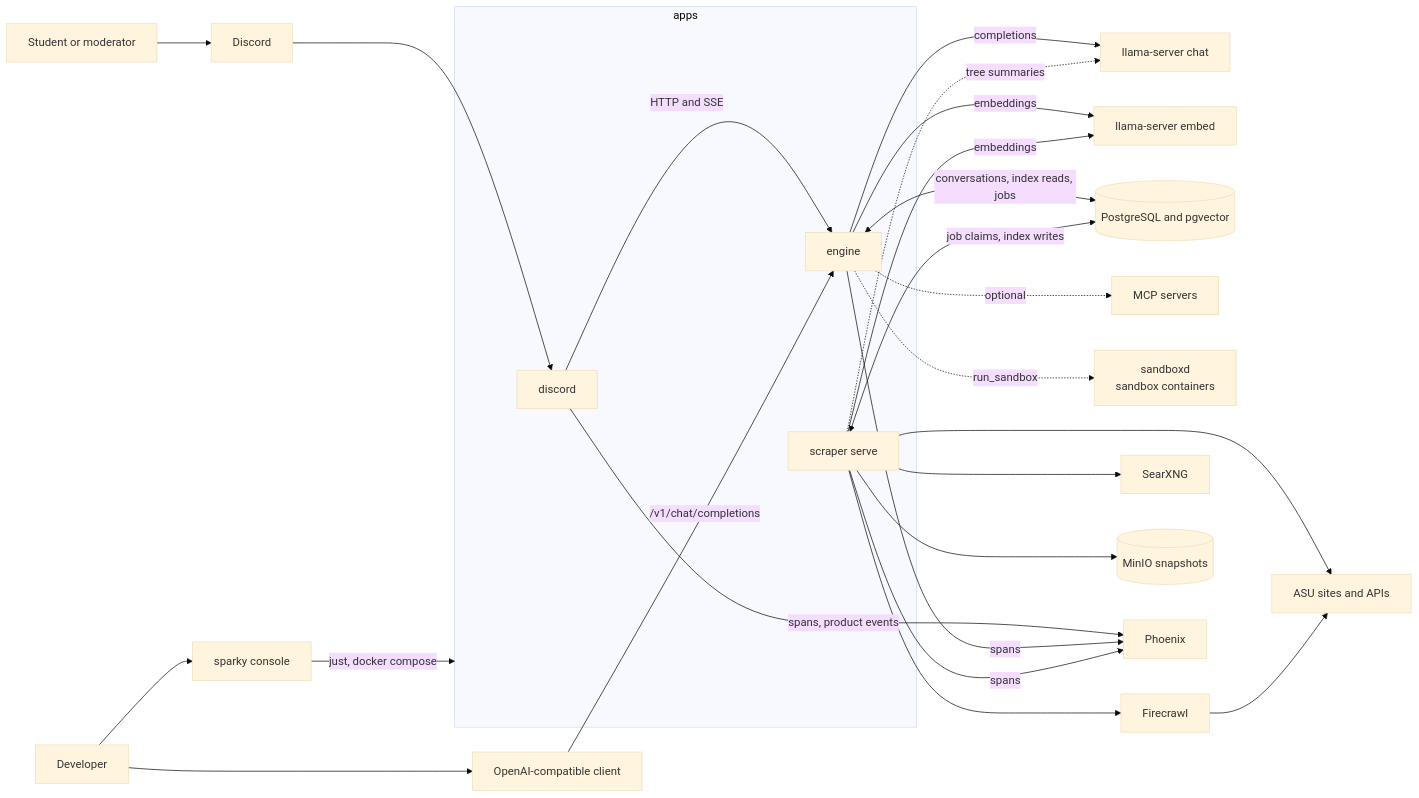
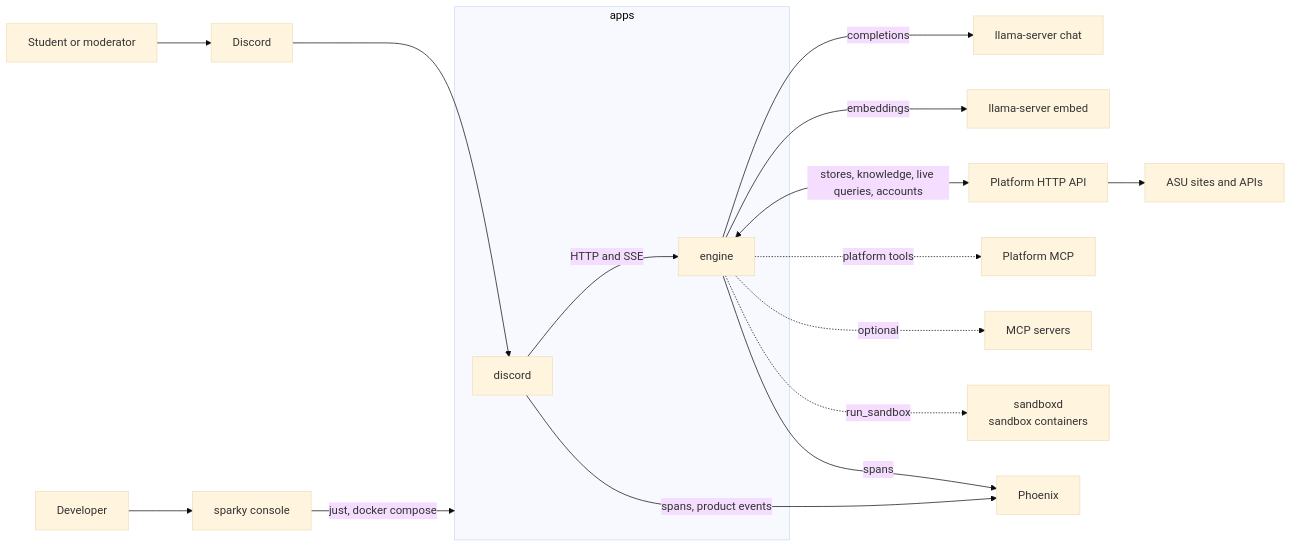
Before and after one commit to ashworks1706/SparkyAI: the first of 8 diagrams in docs/ARCHITECTURE.md, drawn with Mermaid (base theme). The commit also changed other lines of this file and 256 other files, not shown here.

````diff
--- a/docs/ARCHITECTURE.md
+++ b/docs/ARCHITECTURE.md
@@ -91,36 +77,26 @@
 ```mermaid
 flowchart LR
     U["Student or moderator"] --> DC["Discord"]
     DEV["Developer"] --> CLI["sparky console"]
-    DEV --> OAI["OpenAI-compatible client"]
 
     subgraph apps ["apps"]
         BOT["discord"]
         ENG["engine"]
-        SCR["scraper serve"]
     end
 
     DC --> BOT
     BOT -->|"HTTP and SSE"| ENG
-    OAI -->|"/v1/chat/completions"| ENG
     CLI -->|"just, docker compose"| apps
 
     ENG -->|"completions"| CHAT["llama-server chat"]
     ENG -->|"embeddings"| EMB["llama-server embed"]
-    ENG <-->|"conversations, index reads, jobs"| PG[("PostgreSQL and pgvector")]
+    ENG <-->|"stores, knowledge, live queries, accounts"| PLAT["Platform HTTP API"]
+    ENG -.->|"platform tools"| PMCP["Platform MCP"]
     ENG -.->|"optional"| MCP["MCP servers"]
     ENG -.->|"run_sandbox"| SBX["sandboxd<br/>sandbox containers"]
 
-    SCR <-->|"job claims, index writes"| PG
-    SCR -->|"embeddings"| EMB
-    SCR -.->|"tree summaries"| CHAT
-    SCR --> FC["Firecrawl"]
-    SCR --> SX["SearXNG"]
-    SCR --> SITES["ASU sites and APIs"]
-    FC --> SITES
-    SCR --> S3[("MinIO snapshots")]
+    PLAT --> SITES["ASU sites and APIs"]
 
     BOT -->|"spans, product events"| OBS["Phoenix"]
     ENG -->|"spans"| OBS
-    SCR -->|"spans"| OBS
 ```
````
